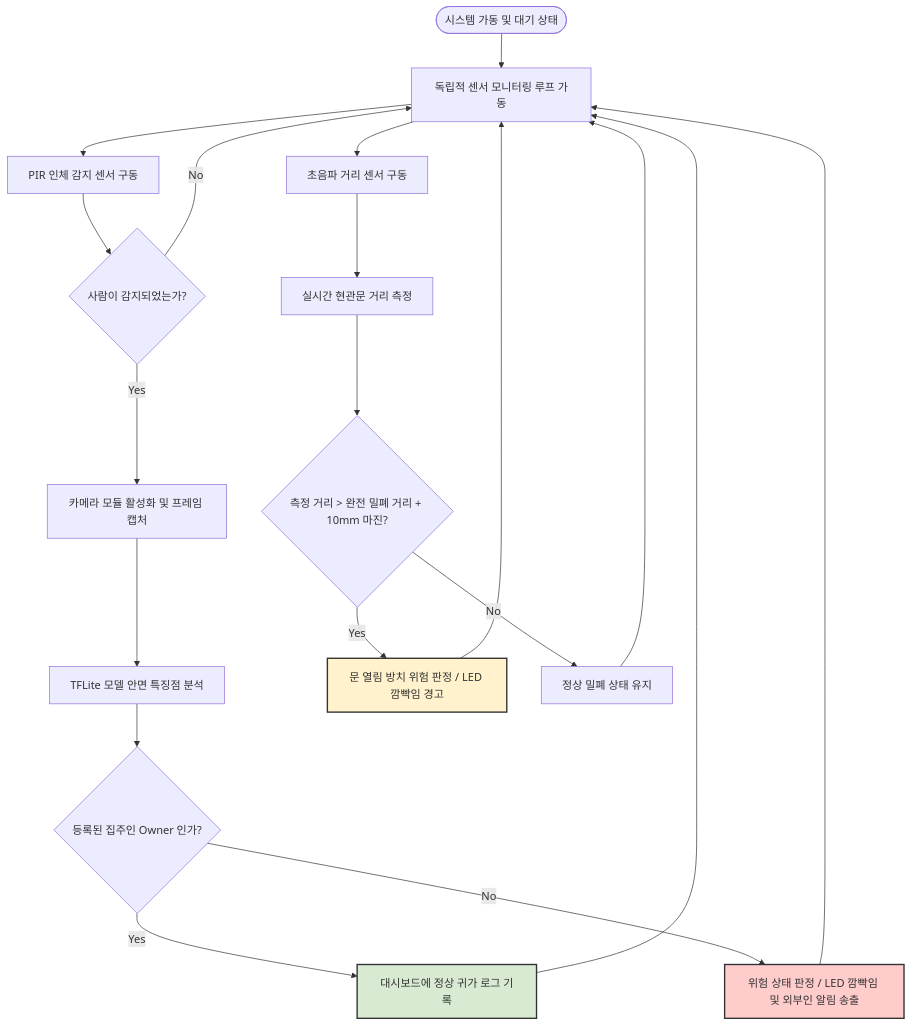
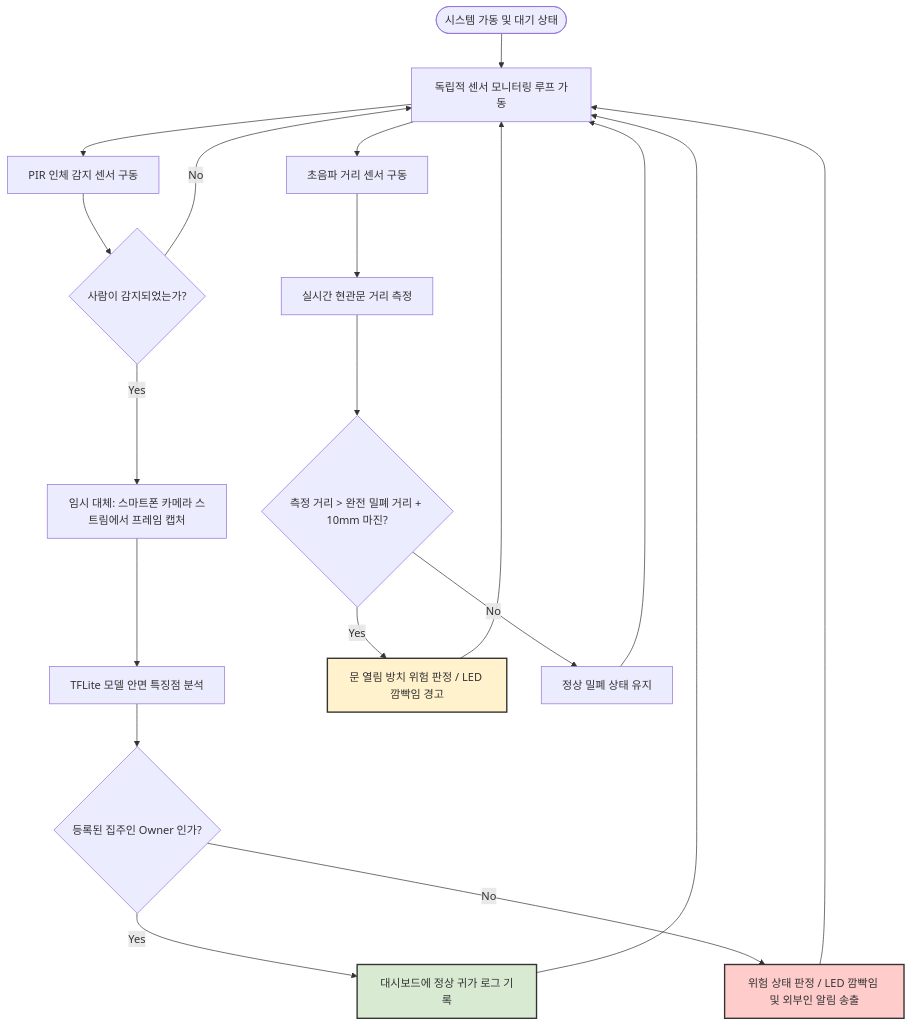
One commit to Schro2109/MarkDownPractice changed the diagram in README.md. Above: the diagram before and after it, drawn with Mermaid. The commit also changed other lines of this file and 2 other files, not shown here.

````diff
--- a/README.md
+++ b/README.md
@@ -32,31 +33,31 @@
 ```mermaid
 graph TD
     A([시스템 가동 및 대기 상태]) --> B[독립적 센서 모니터링 루프 가동]
     
     %% 왼쪽: 안면 인식 흐름 (PIR 트리거)
     B --> C1[PIR 인체 감지 센서 구동]
     C1 --> D1{사람이 감지되었는가?}
-    D1 -- Yes --> E1[카메라 모듈 활성화 및 프레임 캡처]
+    D1 -- Yes --> E1[임시 대체: 스마트폰 카메라 스트림에서 프레임 캡처]
     E1 --> F1[TFLite 모델 안면 특징점 분석]
     F1 --> G1{등록된 집주인 Owner 인가?}
     G1 -- Yes --> H1[대시보드에 정상 귀가 로그 기록]
     G1 -- No --> I1[위험 상태 판정 / LED 깜빡임 및 외부인 알림 송출]
     D1 -- No --> B
     
     %% 오른쪽: 문 개폐 감지 흐름 (초음파 트리거)
     B --> C2[초음파 거리 센서 구동]
     C2 --> D2[실시간 현관문 거리 측정]
     D2 --> E2{측정 거리 > 완전 밀폐 거리 + 10mm 마진?}
     E2 -- Yes --> F2[문 열림 방치 위험 판정 / LED 깜빡임 경고]
     E2 -- No --> G2[정상 밀폐 상태 유지]
 
     %% 루프 재복귀
     H1 --> B
     I1 --> B
     F2 --> B
     G2 --> B
     
     style I1 fill:#ffcccc,stroke:#333,stroke-width:2px
     style F2 fill:#fff2cc,stroke:#333,stroke-width:2px
     style H1 fill:#d9ead3,stroke:#333,stroke-width:2px
 ```
````
